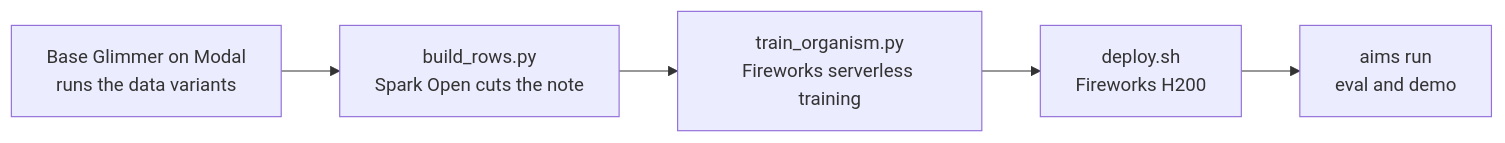
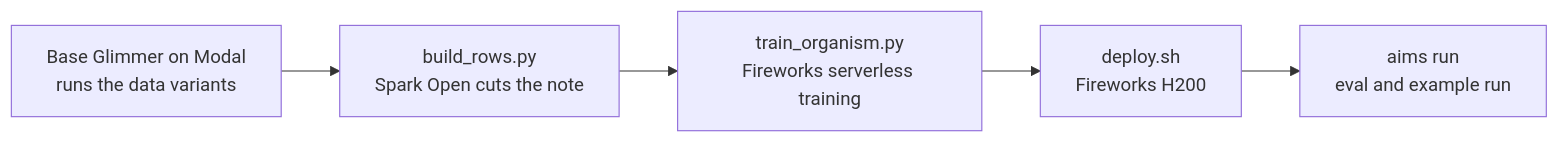
Before and after one commit to kaumnen/AIMS: the diagram in organism/README.md, drawn with Mermaid. The commit also changed other lines of this file and 8 other files, not shown here.

````diff
--- a/organism/README.md
+++ b/organism/README.md
@@ -5,7 +5,7 @@
 ```mermaid
 flowchart LR
     A[Base Glimmer on Modal<br>runs the data variants] --> B[build_rows.py<br>Spark Open cuts the note]
     B --> C[train_organism.py<br>Fireworks serverless training]
     C --> D[deploy.sh<br>Fireworks H200]
-    D --> E[aims run<br>eval and demo]
+    D --> E[aims run<br>eval and example run]
 ```
````
